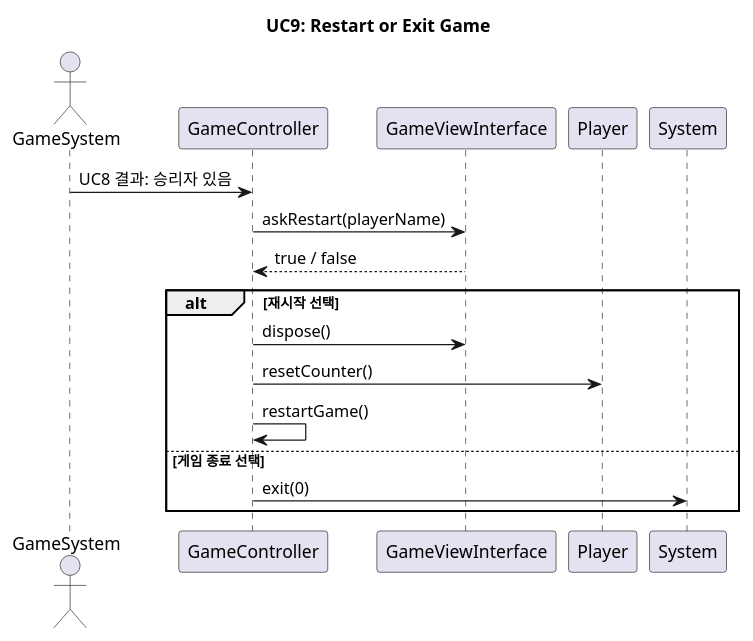
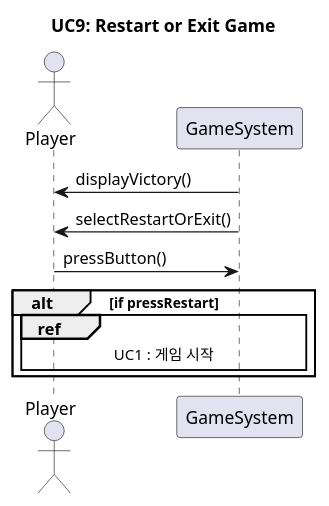
The diagram in UC9.puml (jack0928/SE-Term-Project-2025), drawn with PlantUML before and after one commit. The commit also changed 4 other files, not shown here.

```diff
--- a/UC9.puml
+++ b/UC9.puml
@@ -1,23 +1,18 @@
 @startuml
 
 title: UC9: Restart or Exit Game
 
-actor GameSystem
-participant GameController
-participant GameViewInterface as View
-participant Player
-participant System
+actor Player
+participant GameSystem
 
-GameSystem -> GameController : UC8 결과: 승리자 있음
+GameSystem -> Player : displayVictory()
+GameSystem -> Player : selectRestartOrExit()
+Player -> GameSystem : pressButton()
+alt if pressRestart
+	ref over GameSystem , Player
+		UC1 : 게임 시작
+	end ref
 
-GameController -> View : askRestart(playerName)
-View --> GameController : true / false
+end alt
 
-alt 재시작 선택
-    GameController -> View : dispose()
-    GameController -> Player : resetCounter()
-    GameController -> GameController : restartGame()
-else 게임 종료 선택
-    GameController -> System : exit(0)
-end
 @enduml
```
